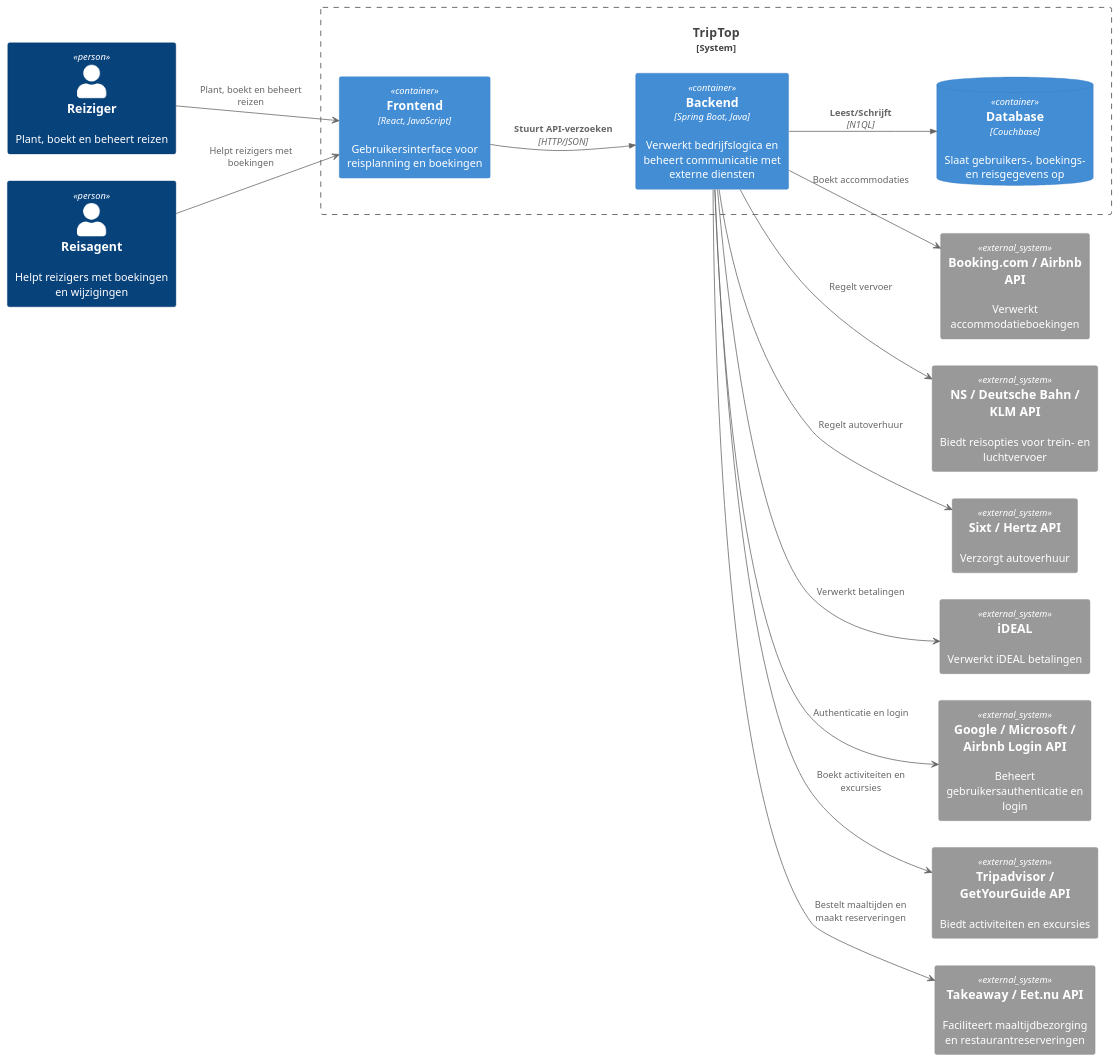
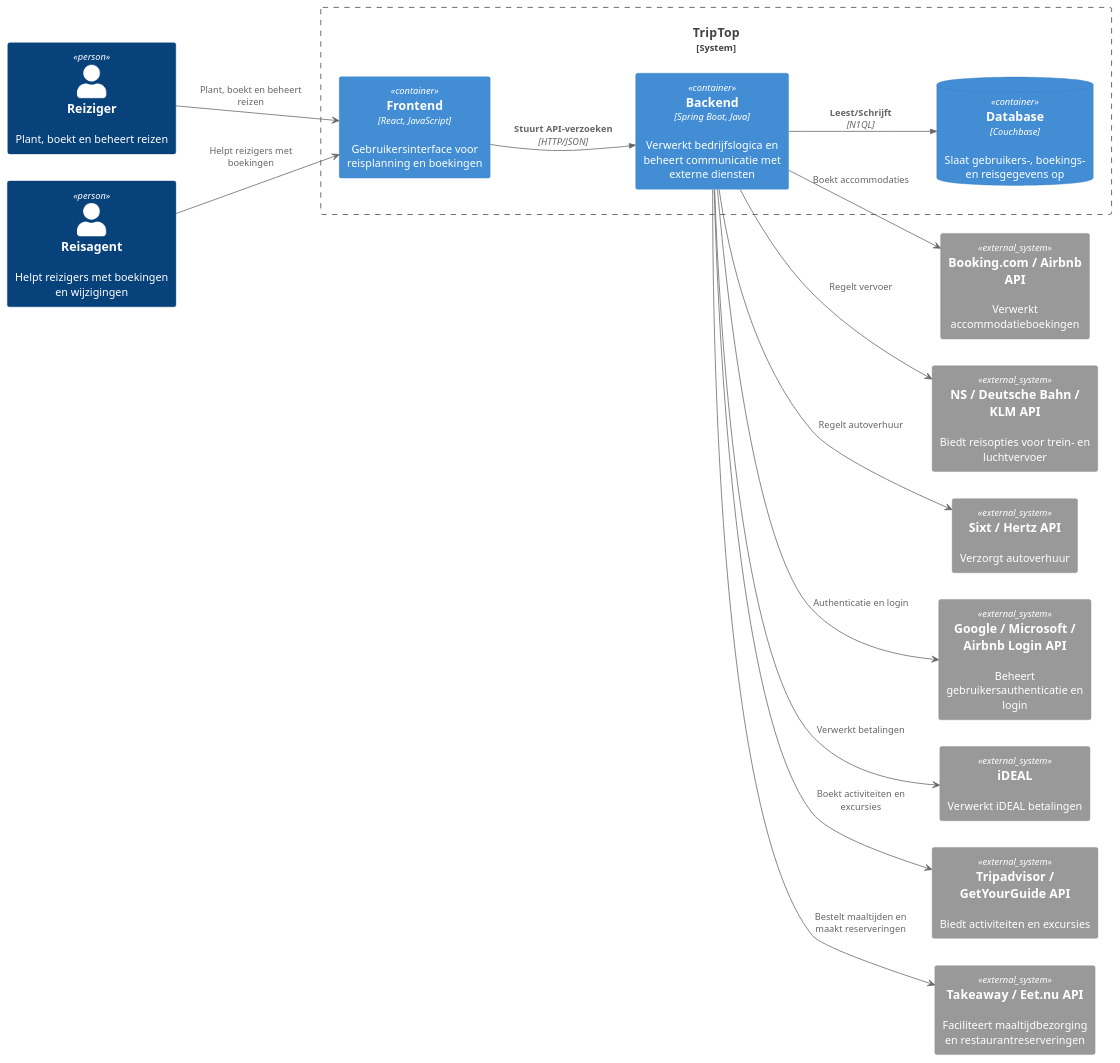
One commit to AIM-ENE-feb25/triptop-groep-3 changed the diagram in opdracht-diagrammen/C4 Container/Static/C4-ContainerDiagram-TripTop.puml. Above: the diagram before and after it, drawn with PlantUML. The commit also changed 8 other files, not shown here.

```diff
--- a/opdracht-diagrammen/C4 Container/Static/C4-ContainerDiagram-TripTop.puml
+++ b/opdracht-diagrammen/C4 Container/Static/C4-ContainerDiagram-TripTop.puml
@@ -1,51 +1,51 @@
 @startuml C4_Elements
 !include https://raw.githubusercontent.com/plantuml-stdlib/C4-PlantUML/master/C4_Container.puml
 left to right direction
 ' Definieer Gebruikers
 Person(Traveler, "Reiziger", "Plant, boekt en beheert reizen")
 Person(TravelAgent, "Reisagent", "Helpt reizigers met boekingen en wijzigingen")
 
 ' Definieer Systeem
 System_Boundary(TripTop, "TripTop", $link="https://github.com/plantuml-stdlib/C4-PlantUML") {
 
     ' Definieer Containers
     Container(Frontend, "Frontend", "React, JavaScript", "Gebruikersinterface voor reisplanning en boekingen")
     Container(Backend, "Backend", "Spring Boot, Java", "Verwerkt bedrijfslogica en beheert communicatie met externe diensten")
     ContainerDb(Database, "Database", "Couchbase", "Slaat gebruikers-, boekings- en reisgegevens op")
 }
 
 ' Definieer Externe Systemen
 System_Ext(Booking, "Booking.com / Airbnb API", "Verwerkt accommodatieboekingen")
 System_Ext(Transport, "NS / Deutsche Bahn / KLM API", "Biedt reisopties voor trein- en luchtvervoer")
 System_Ext(CarRent, "Sixt / Hertz API", "Verzorgt autoverhuur")
 System_Ext(Activities, "Tripadvisor / GetYourGuide API", "Biedt activiteiten en excursies")
 System_Ext(Food, "Takeaway / Eet.nu API", "Faciliteert maaltijdbezorging en restaurantreserveringen")
 System_Ext(IdProvider, "Google / Microsoft / Airbnb Login API", "Beheert gebruikersauthenticatie en login")
 System_Ext(IDeal, "iDEAL", "Verwerkt iDEAL betalingen")
 
 ' Relaties
 Traveler -> Frontend : "Plant, boekt en beheert reizen"
 TravelAgent -> Frontend : "Helpt reizigers met boekingen"
 Rel(Frontend, Backend, "Stuurt API-verzoeken", "HTTP/JSON")
-Backend -> Booking : "Boekt accommodaties"
-Backend -> Transport : "Regelt vervoer"
-Backend -> CarRent : "Regelt autoverhuur"
-Backend -> Activities : "Boekt activiteiten en excursies"
-Backend -> Food : "Bestelt maaltijden en maakt reserveringen"
-Backend -> IDeal : "Verwerkt betalingen"
+Backend -down-> Booking : "Boekt accommodaties"
+Backend -down-> Transport : "Regelt vervoer"
+Backend -down-> CarRent : "Regelt autoverhuur"
+Backend -down-> Activities : "Boekt activiteiten en excursies"
+Backend -down-> Food : "Bestelt maaltijden en maakt reserveringen"
+Backend -down-> IDeal : "Verwerkt betalingen"
 Rel(Backend, Database, "Leest/Schrijft", "N1QL")
-Backend -> IdProvider : "Authenticatie en login"
+Backend -down-> IdProvider : "Authenticatie en login"
 
 ' Positionering
 Traveler -[hidden]-> TripTop
 TravelAgent -[hidden]-> TripTop
 Frontend -[hidden]-> Backend
 Backend -[hidden]-> Booking
 Backend -[hidden]-> Transport
 Backend -[hidden]-> CarRent
 Backend -[hidden]-> Activities
 Backend -[hidden]-> Food
 Backend -[hidden]-> IdProvider
 Backend -[hidden]-> IDeal
 
 @enduml
```
